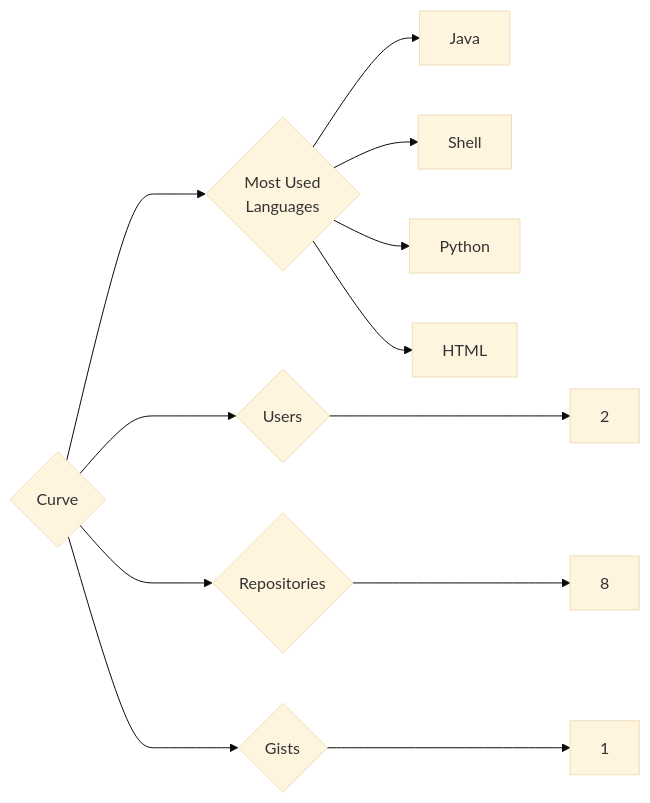
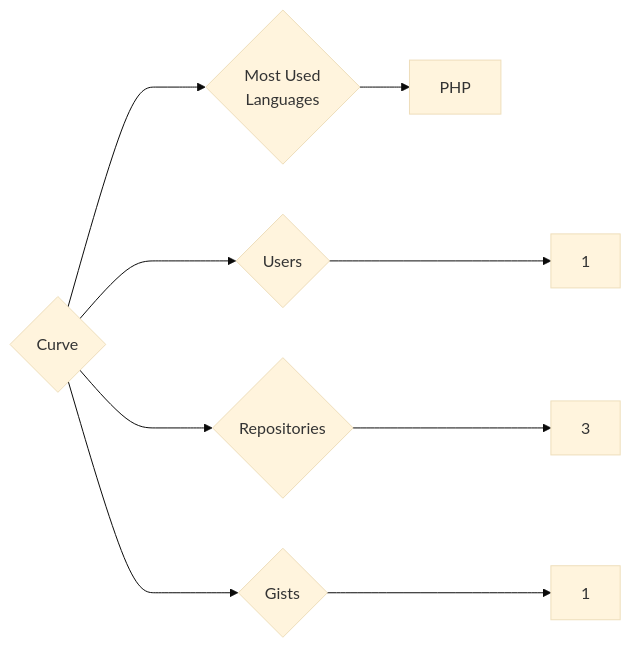
Before and after one commit to trickest/insiders: the diagram in targets/Curve/README.md, drawn with Mermaid (base theme). The commit also changed 715 other files, not shown here.

````diff
--- a/targets/Curve/README.md
+++ b/targets/Curve/README.md
@@ -3,12 +3,9 @@
 ```mermaid
 graph LR
 COMPANY_NAME{Curve}
-COMPANY_NAME ---> U{Users} ---> UN[2]
-COMPANY_NAME ---> R{Repositories} ---> RN[8]
+COMPANY_NAME ---> U{Users} ---> UN[1]
+COMPANY_NAME ---> R{Repositories} ---> RN[3]
 COMPANY_NAME ---> G{Gists} ---> GN[1]
 COMPANY_NAME ---> ML{Most Used<br>Languages}
-ML --> Java[Java]
-ML --> Shell[Shell]
-ML --> Python[Python]
-ML --> HTML[HTML]
+ML --> PHP[PHP]
 ```
````
